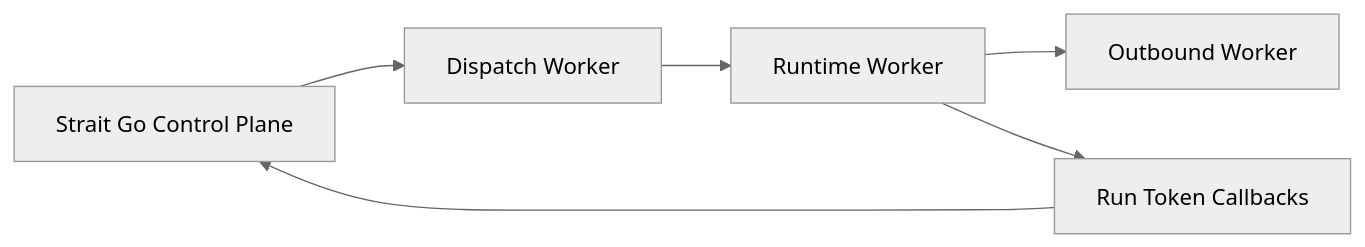
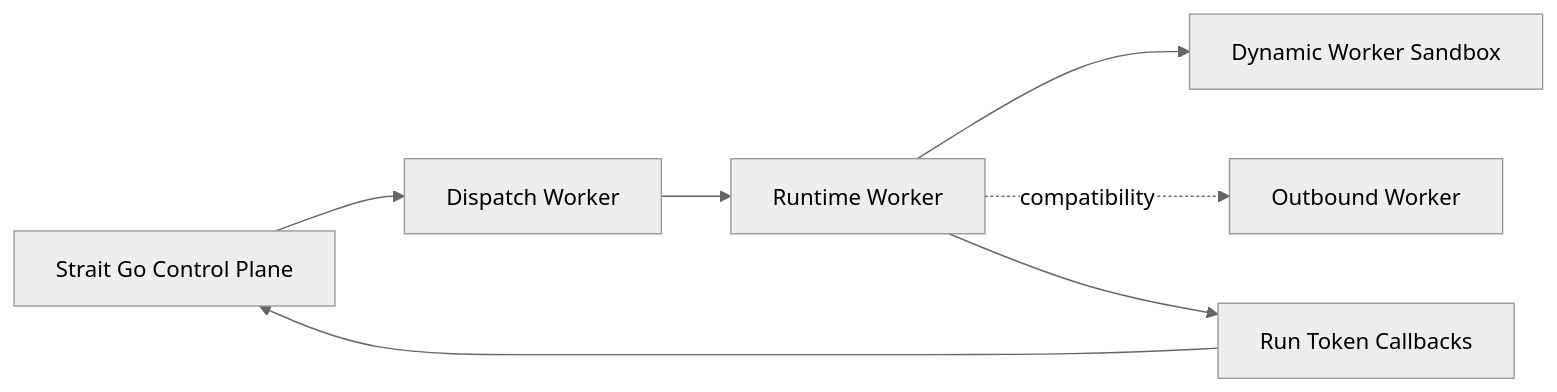
One commit to strait-dev/strait changed the diagram in apps/docs/guides/cloudflare-agents-productionization.mdx. Above: the diagram before and after it, drawn with Mermaid (neutral theme). The commit also changed other lines of this file and 23 other files, not shown here.

Commit message:
feat(agents): make dynamic workers the default sandbox

````diff
--- a/apps/docs/guides/cloudflare-agents-productionization.mdx
+++ b/apps/docs/guides/cloudflare-agents-productionization.mdx
@@ -16,8 +16,9 @@
 ```mermaid
 flowchart LR
   A["Strait Go Control Plane"] --> B["Dispatch Worker"]
   B --> C["Runtime Worker"]
-  C --> D["Outbound Worker"]
-  C --> E["Run Token Callbacks"]
-  E --> A
+  C --> D["Dynamic Worker Sandbox"]
+  C -. compatibility .-> E["Outbound Worker"]
+  C --> F["Run Token Callbacks"]
+  F --> A
 ```
````
